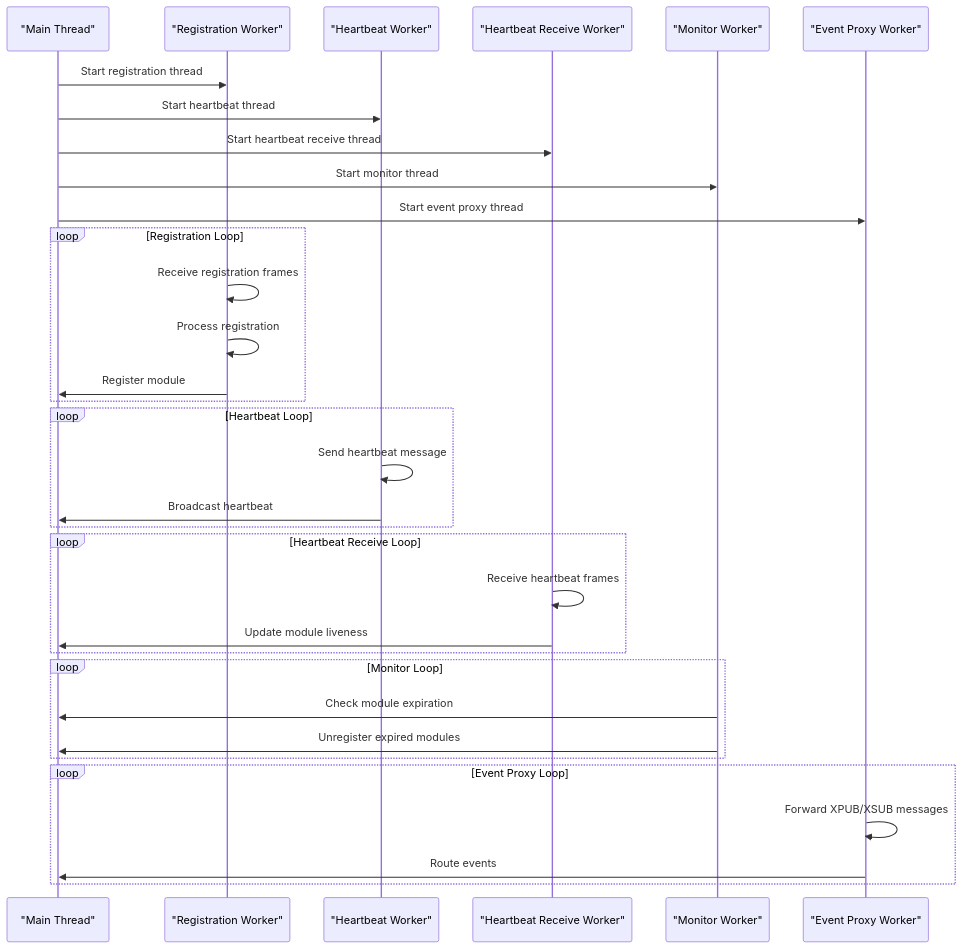
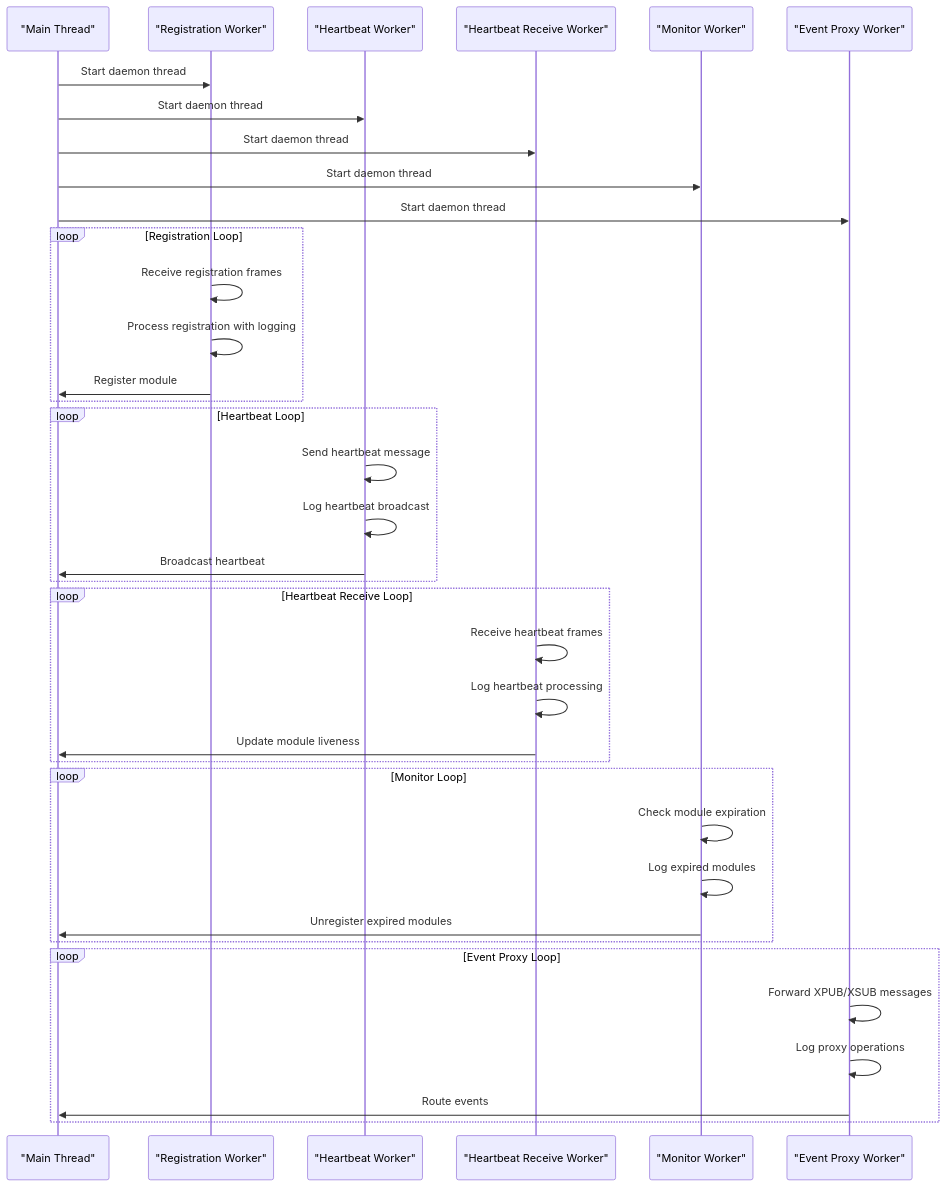
Before and after one commit to zt281/TycheEngine: the fourth of 10 diagrams in .qoder/repowiki/en/content/Core Components/TycheEngine - Central Broker.md, drawn with Mermaid. The commit also changed other lines of this file and 5 other files, not shown here.

````diff
--- a/.qoder/repowiki/en/content/Core Components/TycheEngine - Central Broker.md
+++ b/.qoder/repowiki/en/content/Core Components/TycheEngine - Central Broker.md
@@ -218,35 +244,39 @@
 ```mermaid
 sequenceDiagram
 participant Main as "Main Thread"
 participant Reg as "Registration Worker"
 participant HB as "Heartbeat Worker"
 participant HBR as "Heartbeat Receive Worker"
 participant Mon as "Monitor Worker"
 participant EP as "Event Proxy Worker"
-Main->>Reg : Start registration thread
-Main->>HB : Start heartbeat thread
-Main->>HBR : Start heartbeat receive thread
-Main->>Mon : Start monitor thread
-Main->>EP : Start event proxy thread
+Main->>Reg : Start daemon thread
+Main->>HB : Start daemon thread
+Main->>HBR : Start daemon thread
+Main->>Mon : Start daemon thread
+Main->>EP : Start daemon thread
 loop Registration Loop
 Reg->>Reg : Receive registration frames
-Reg->>Reg : Process registration
+Reg->>Reg : Process registration with logging
 Reg->>Main : Register module
 end
 loop Heartbeat Loop
 HB->>HB : Send heartbeat message
+HB->>HB : Log heartbeat broadcast
 HB->>Main : Broadcast heartbeat
 end
 loop Heartbeat Receive Loop
 HBR->>HBR : Receive heartbeat frames
+HBR->>HBR : Log heartbeat processing
 HBR->>Main : Update module liveness
 end
 loop Monitor Loop
-Mon->>Main : Check module expiration
+Mon->>Mon : Check module expiration
+Mon->>Mon : Log expired modules
 Mon->>Main : Unregister expired modules
 end
 loop Event Proxy Loop
 EP->>EP : Forward XPUB/XSUB messages
+EP->>EP : Log proxy operations
 EP->>Main : Route events
 end
 ```
````
